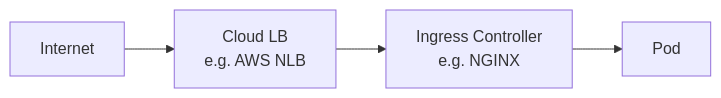
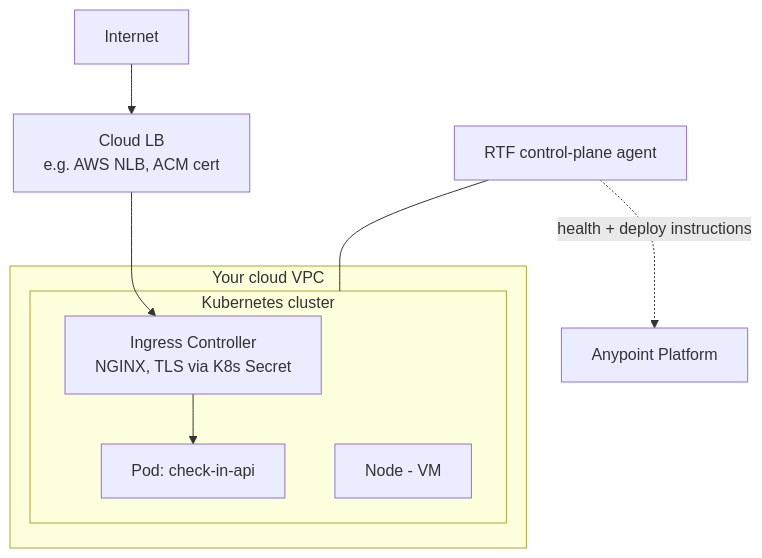
Before and after one commit to Hands-On-Project-Lab/MuleSoft-Hands-On: the fourth of 4 diagrams in concepts/16-cloudhub-rtf-deployment-targets.md, drawn with Mermaid. The commit also changed other lines of this file and 1 other file, not shown here.

````diff
--- a/concepts/16-cloudhub-rtf-deployment-targets.md
+++ b/concepts/16-cloudhub-rtf-deployment-targets.md
@@ -40,4 +66,14 @@
 ```mermaid
-flowchart LR
-  I[Internet] --> CLB[Cloud LB<br/>e.g. AWS NLB] --> IC[Ingress Controller<br/>e.g. NGINX] --> P[Pod]
+flowchart TB
+  I[Internet] --> CLB[Cloud LB<br/>e.g. AWS NLB, ACM cert]
+  CLB --> IC[Ingress Controller<br/>NGINX, TLS via K8s Secret]
+  subgraph K8s[Kubernetes cluster]
+    IC --> P[Pod: check-in-api]
+    N[Node - VM]
+  end
+  subgraph VPC[Your cloud VPC]
+    K8s
+  end
+  Agent[RTF control-plane agent] -. health + deploy instructions .-> Anypoint[Anypoint Platform]
+  Agent --- K8s
 ```
````
